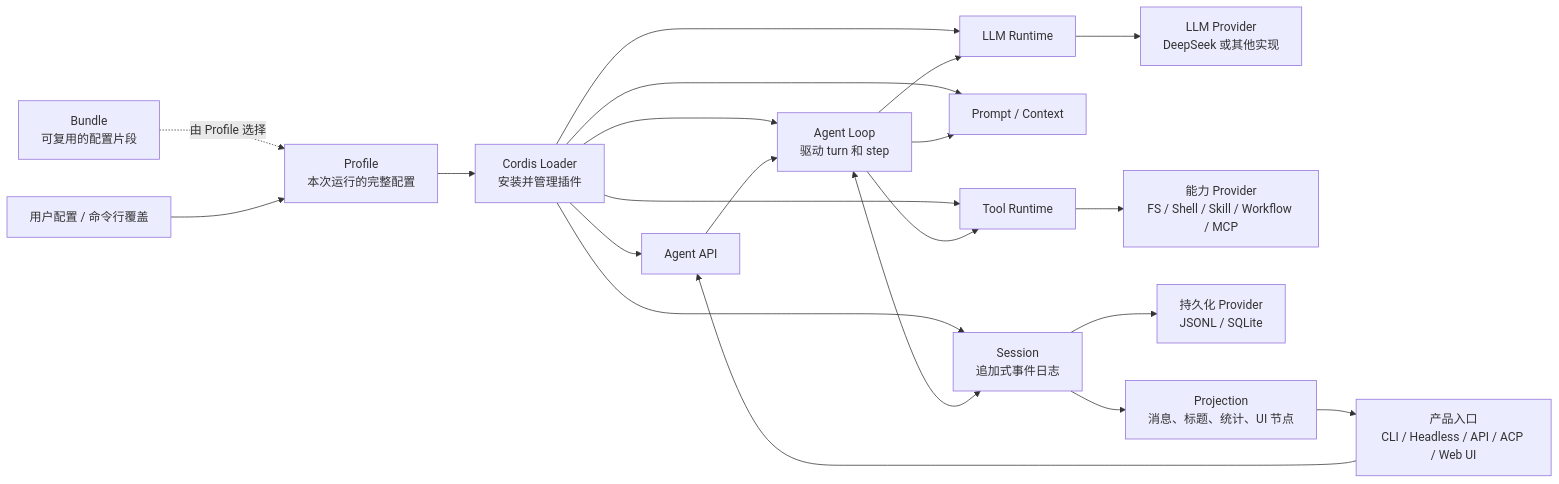
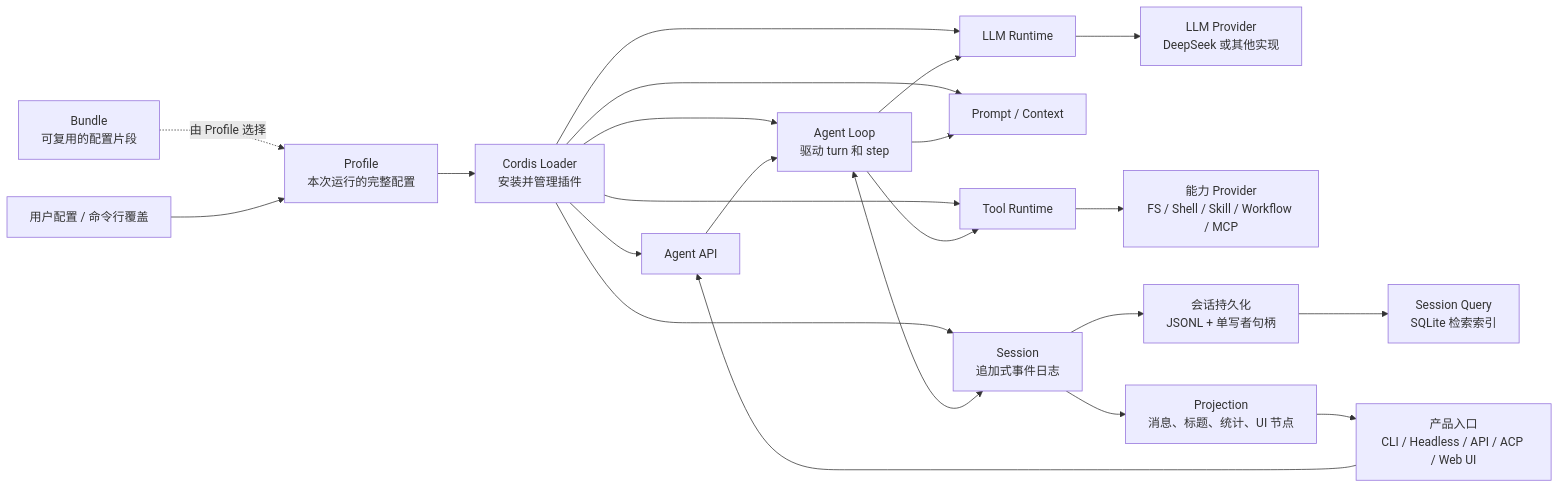
The diagram in analysis/architecture/01-system-overview.md (tcy1999/deepseek-harness), drawn with Mermaid before and after one commit. The commit also changed other lines of this file and 24 other files, not shown here.

````diff
--- a/analysis/architecture/01-system-overview.md
+++ b/analysis/architecture/01-system-overview.md
@@ -5,26 +5,27 @@
 ```mermaid
 flowchart LR
   bundle["Bundle<br/>可复用的配置片段"] -. "由 Profile 选择" .-> profile["Profile<br/>本次运行的完整配置"]
   patch["用户配置 / 命令行覆盖"] --> profile
   profile --> loader["Cordis Loader<br/>安装并管理插件"]
 
   entry["产品入口<br/>CLI / Headless / API / ACP / Web UI"] --> agent["Agent API"]
   loader --> agent
   loader --> loop["Agent Loop<br/>驱动 turn 和 step"]
   loader --> session["Session<br/>追加式事件日志"]
   loader --> prompt["Prompt / Context"]
   loader --> llm["LLM Runtime"]
   loader --> tools["Tool Runtime"]
 
   agent --> loop
   loop --> prompt
   loop <--> session
   loop --> llm
   loop --> tools
 
   llm --> llmProvider["LLM Provider<br/>DeepSeek 或其他实现"]
   tools --> capabilityProvider["能力 Provider<br/>FS / Shell / Skill / Workflow / MCP"]
-  session --> persistence["持久化 Provider<br/>JSONL / SQLite"]
+  session --> persistence["会话持久化<br/>JSONL + 单写者句柄"]
+  persistence --> query["Session Query<br/>SQLite 检索索引"]
   session --> projection["Projection<br/>消息、标题、统计、UI 节点"]
   projection --> entry
 ```
````
